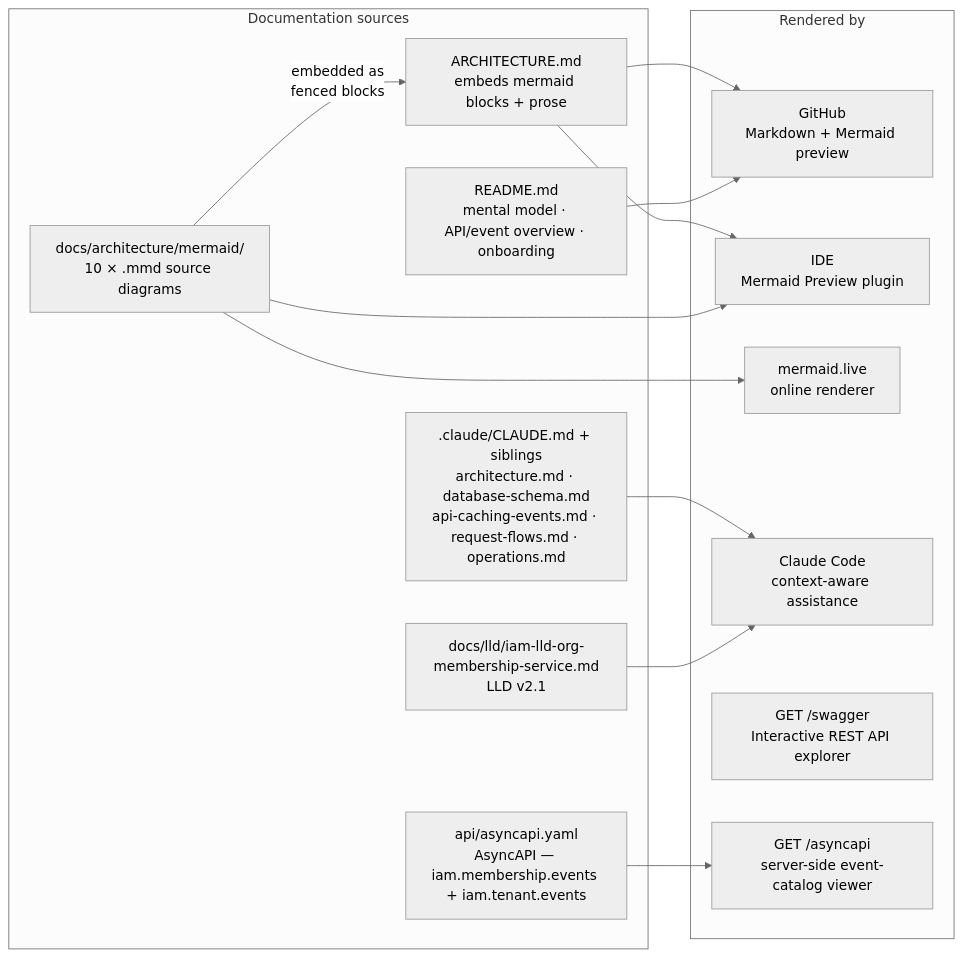
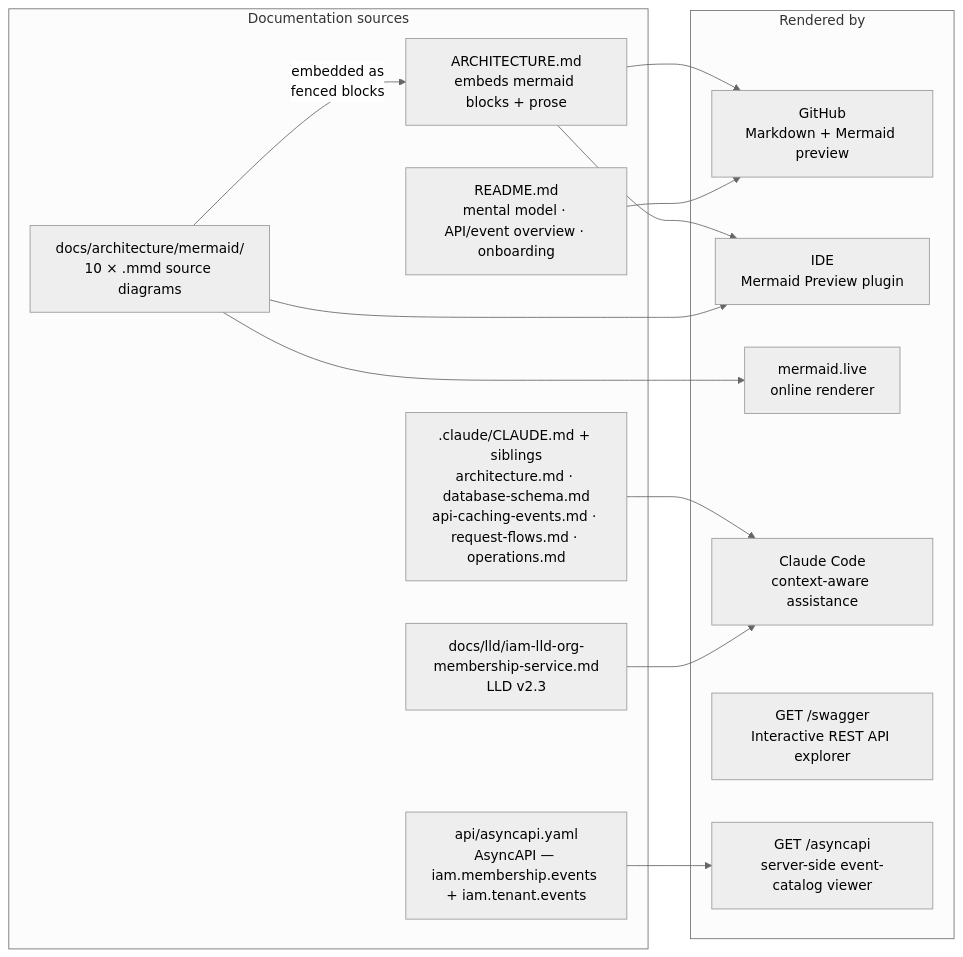
Diagram 11 of 11 in ARCHITECTURE.md (BCBP-SOLUTIONS-FZC-LLC/iam-org-membership), drawn with Mermaid (neutral theme) before and after one commit. The commit also changed other lines of this file and 14 other files, not shown here.

First line of the commit message:
docs: sync LLD/README/ARCHITECTURE/.claude with current code (LLD v2.3)

````diff
--- a/ARCHITECTURE.md
+++ b/ARCHITECTURE.md
@@ -1080,28 +1080,28 @@
 ```mermaid
 graph LR
     subgraph sources["Documentation sources"]
         mmd["docs/architecture/mermaid/\n10 × .mmd source diagrams"]
         arch["ARCHITECTURE.md\nembeds mermaid blocks + prose"]
         claude[".claude/CLAUDE.md + siblings\narchitecture.md · database-schema.md\napi-caching-events.md · request-flows.md · operations.md"]
         readme["README.md\nmental model · API/event overview · onboarding"]
         asyncapi_yaml["api/asyncapi.yaml\nAsyncAPI — iam.membership.events + iam.tenant.events"]
-        lld["docs/lld/iam-lld-org-membership-service.md\nLLD v2.1"]
+        lld["docs/lld/iam-lld-org-membership-service.md\nLLD v2.3"]
     end
 
     subgraph rendered["Rendered by"]
         github["GitHub\nMarkdown + Mermaid preview"]
         ide["IDE\nMermaid Preview plugin"]
         live["mermaid.live\nonline renderer"]
         claude_ai["Claude Code\ncontext-aware assistance"]
         swagger_viewer["GET /swagger\nInteractive REST API explorer"]
         asyncapi_viewer["GET /asyncapi\nserver-side event-catalog viewer"]
     end
 
     mmd  -->|"embedded as\nfenced blocks"| arch
     arch --> github & ide
     mmd  --> live & ide
     claude --> claude_ai
     readme --> github
     lld --> claude_ai
     asyncapi_yaml --> asyncapi_viewer
 ```
````
